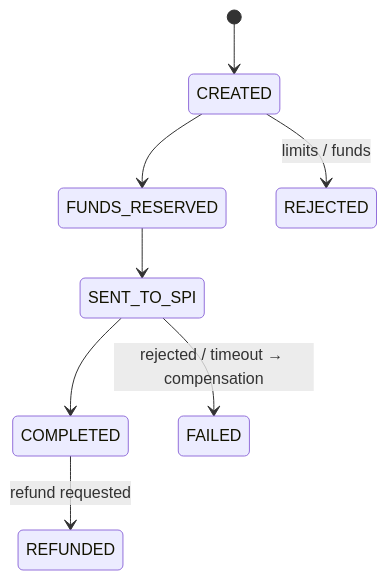
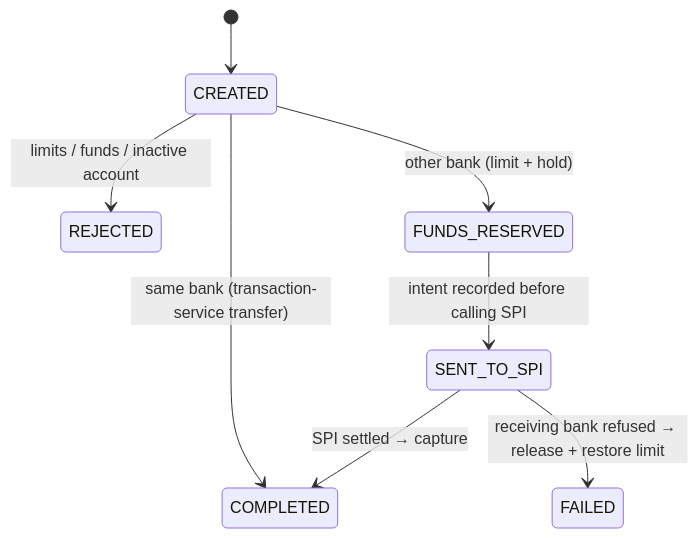
The diagram in docs/services/pix-service.md (ViniciusMicarelli/digital-bank-platform), drawn with Mermaid before and after one commit. The commit also changed other lines of this file and 42 other files, not shown here.

````diff
--- a/docs/services/pix-service.md
+++ b/docs/services/pix-service.md
@@ -21,10 +21,10 @@
 ```mermaid
 stateDiagram-v2
     [*] --> CREATED
-    CREATED --> FUNDS_RESERVED
-    CREATED --> REJECTED: limits / funds
-    FUNDS_RESERVED --> SENT_TO_SPI
-    SENT_TO_SPI --> COMPLETED
-    SENT_TO_SPI --> FAILED: rejected / timeout → compensation
-    COMPLETED --> REFUNDED: refund requested
+    CREATED --> COMPLETED: same bank (transaction-service transfer)
+    CREATED --> REJECTED: limits / funds / inactive account
+    CREATED --> FUNDS_RESERVED: other bank (limit + hold)
+    FUNDS_RESERVED --> SENT_TO_SPI: intent recorded before calling SPI
+    SENT_TO_SPI --> COMPLETED: SPI settled → capture
+    SENT_TO_SPI --> FAILED: receiving bank refused → release + restore limit
 ```
````
